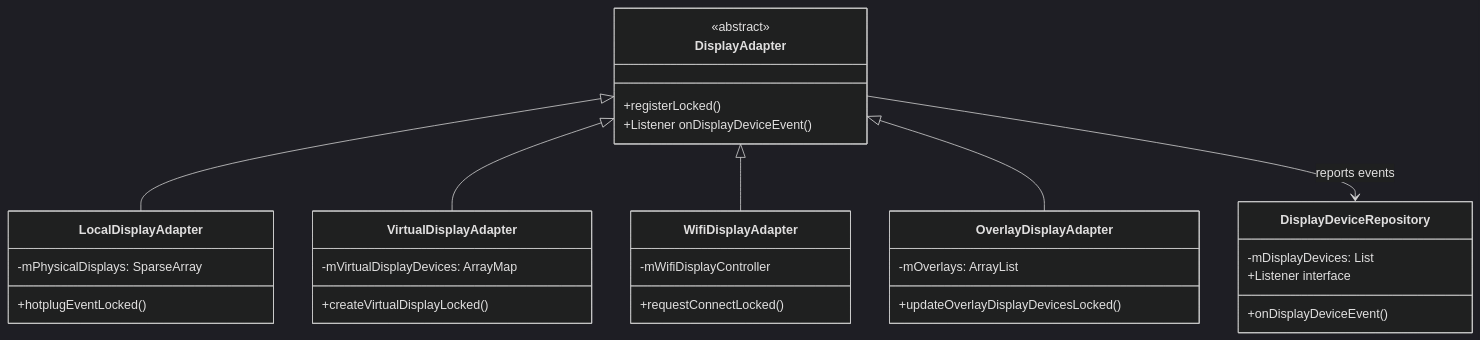
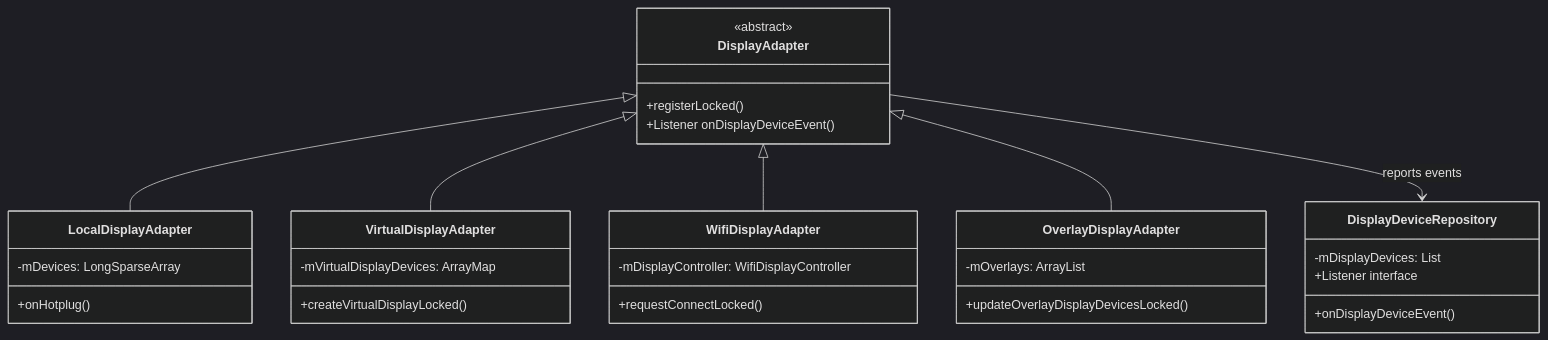
One commit to aospbooks/aosp-internal-book changed the second of 43 diagrams in agents/claude/skills/aosp-framework-core/24-display-system.md. Above: the diagram before and after it, drawn with Mermaid (dark theme). The commit also changed other lines of this file and 218 other files, not shown here.

````diff
--- a/agents/claude/skills/aosp-framework-core/24-display-system.md
+++ b/agents/claude/skills/aosp-framework-core/24-display-system.md
@@ -119,41 +119,41 @@
 ```mermaid
 classDiagram
     class DisplayAdapter {
         <<abstract>>
         +registerLocked()
         +Listener onDisplayDeviceEvent()
     }
 
     class LocalDisplayAdapter {
-        -mPhysicalDisplays: SparseArray
-        +hotplugEventLocked()
+        -mDevices: LongSparseArray
+        +onHotplug()
     }
 
     class VirtualDisplayAdapter {
         -mVirtualDisplayDevices: ArrayMap
         +createVirtualDisplayLocked()
     }
 
     class WifiDisplayAdapter {
-        -mWifiDisplayController
+        -mDisplayController: WifiDisplayController
         +requestConnectLocked()
     }
 
     class OverlayDisplayAdapter {
         -mOverlays: ArrayList
         +updateOverlayDisplayDevicesLocked()
     }
 
     DisplayAdapter <|-- LocalDisplayAdapter
     DisplayAdapter <|-- VirtualDisplayAdapter
     DisplayAdapter <|-- WifiDisplayAdapter
     DisplayAdapter <|-- OverlayDisplayAdapter
 
     class DisplayDeviceRepository {
         -mDisplayDevices: List
         +onDisplayDeviceEvent()
         +Listener interface
     }
 
     DisplayAdapter --> DisplayDeviceRepository : reports events
 ```
````
